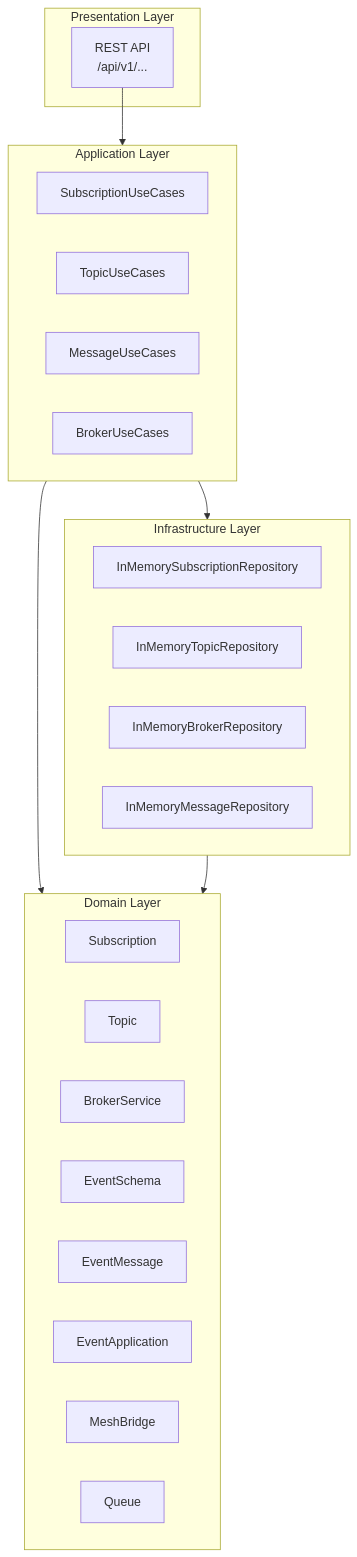
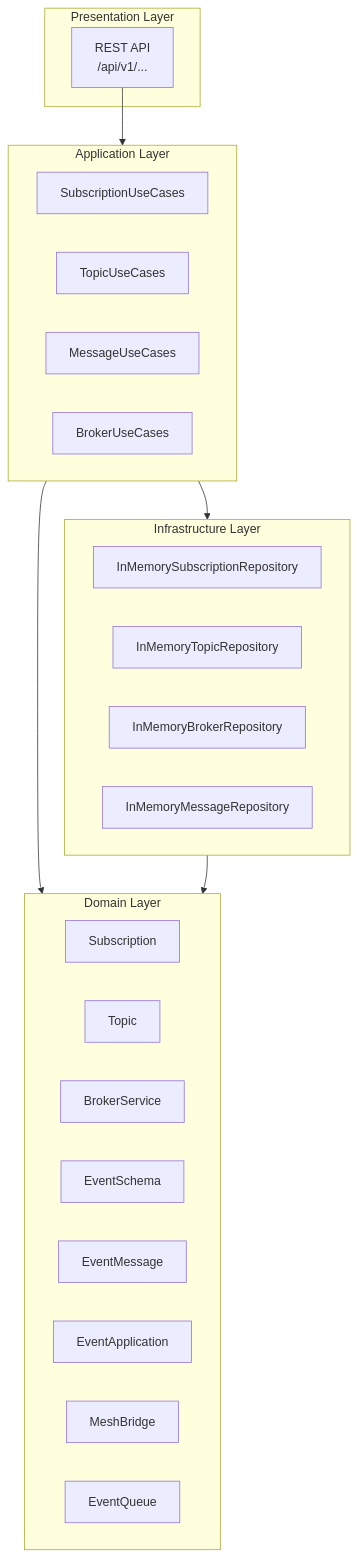
Before and after one commit to UIMSolutions/uim-platform: the second of 4 diagrams in advanced-events/UML.md, drawn with Mermaid. The commit also changed other lines of this file and 125 other files, not shown here.

First line of the commit message:
Refactor Queue to EventQueue across the advanced-events module

````diff
--- a/advanced-events/UML.md
+++ b/advanced-events/UML.md
@@ -82,33 +82,33 @@
 ```mermaid
 flowchart TB
     subgraph Presentation["Presentation Layer"]
         REST["REST API\n/api/v1/..."]
     end
     subgraph Application["Application Layer"]
         SUB_UC["SubscriptionUseCases"]
         TOPIC_UC["TopicUseCases"]
         MSG_UC["MessageUseCases"]
         BROKER_UC["BrokerUseCases"]
     end
     subgraph Domain["Domain Layer"]
         SUB_DOM["Subscription"]
         TOPIC_DOM["Topic"]
         BROKER_DOM["BrokerService"]
         SCHEMA_DOM["EventSchema"]
         MSG_DOM["EventMessage"]
         APP_DOM["EventApplication"]
         BRIDGE_DOM["MeshBridge"]
-        QUEUE_DOM["Queue"]
+        QUEUE_DOM["EventQueue"]
     end
     subgraph Infrastructure["Infrastructure Layer"]
         SUB_REPO["InMemorySubscriptionRepository"]
         TOPIC_REPO["InMemoryTopicRepository"]
         BROKER_REPO["InMemoryBrokerRepository"]
         MSG_REPO["InMemoryMessageRepository"]
     end
 
     REST --> Application
     Application --> Domain
     Infrastructure --> Domain
     Application --> Infrastructure
 ```
````
